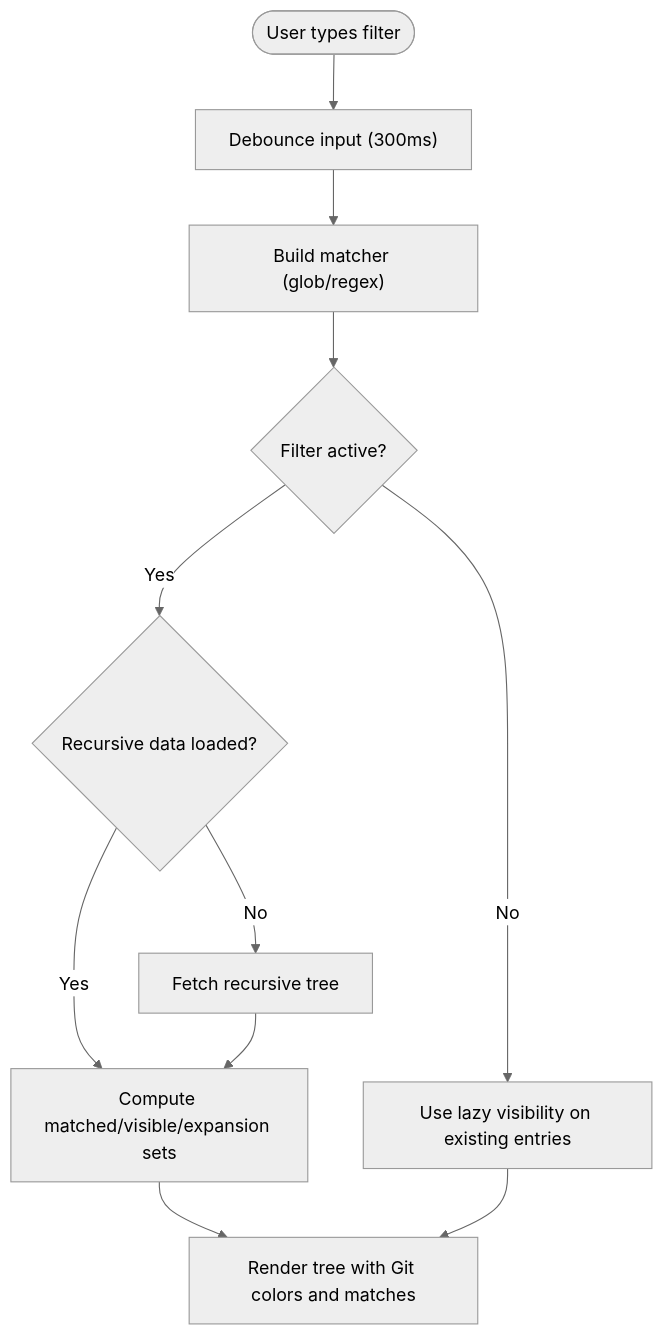
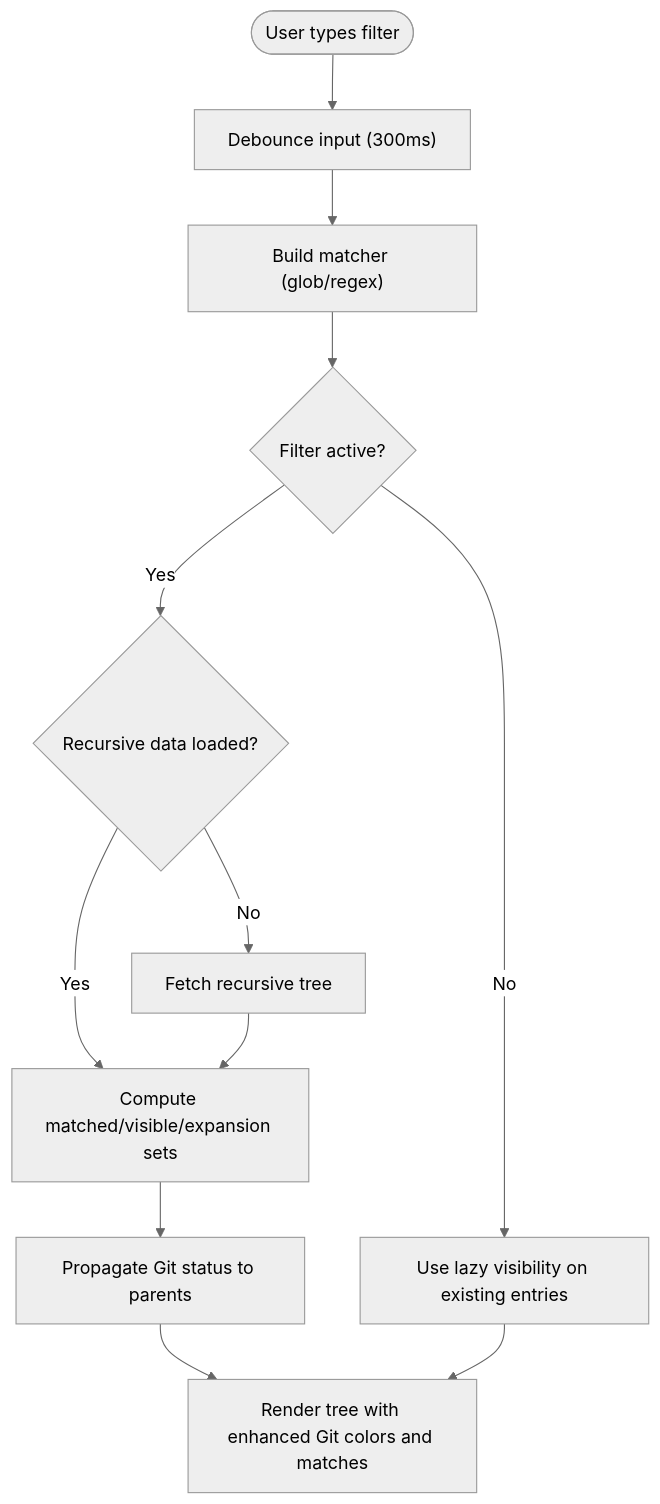
One commit to v0lka/c0wrk changed the seventh of 8 diagrams in .qoder/repowiki/en/content/Frontend Application/UI Components/Layout and Navigation Components.md. Above: the diagram before and after it, drawn with Mermaid (neutral theme). The commit also changed other lines of this file and 13 other files, not shown here.

````diff
--- a/.qoder/repowiki/en/content/Frontend Application/UI Components/Layout and Navigation Components.md
+++ b/.qoder/repowiki/en/content/Frontend Application/UI Components/Layout and Navigation Components.md
@@ -252,13 +351,14 @@
 ```mermaid
 flowchart TD
 Start(["User types filter"]) --> Debounce["Debounce input (300ms)"]
 Debounce --> BuildMatcher["Build matcher (glob/regex)"]
 BuildMatcher --> IsActive{"Filter active?"}
 IsActive --> |No| UseLazy["Use lazy visibility on existing entries"]
 IsActive --> |Yes| CheckRecursive{"Recursive data loaded?"}
 CheckRecursive --> |No| FetchRecursive["Fetch recursive tree"]
 CheckRecursive --> |Yes| ComputeFilter["Compute matched/visible/expansion sets"]
 FetchRecursive --> ComputeFilter
-ComputeFilter --> Render["Render tree with Git colors and matches"]
+ComputeFilter --> PropagateGit["Propagate Git status to parents"]
+PropagateGit --> Render["Render tree with enhanced Git colors and matches"]
 UseLazy --> Render
 ```
````
